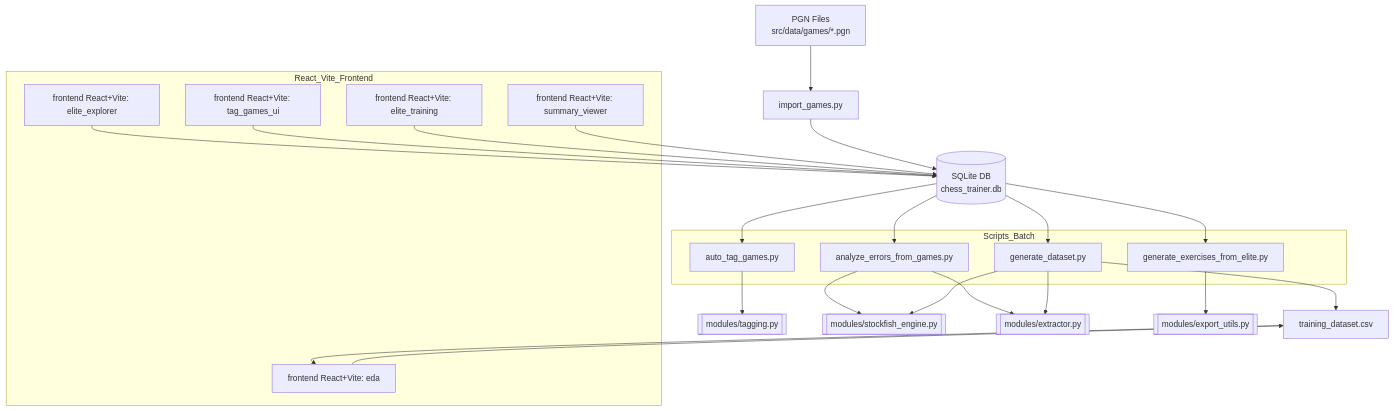
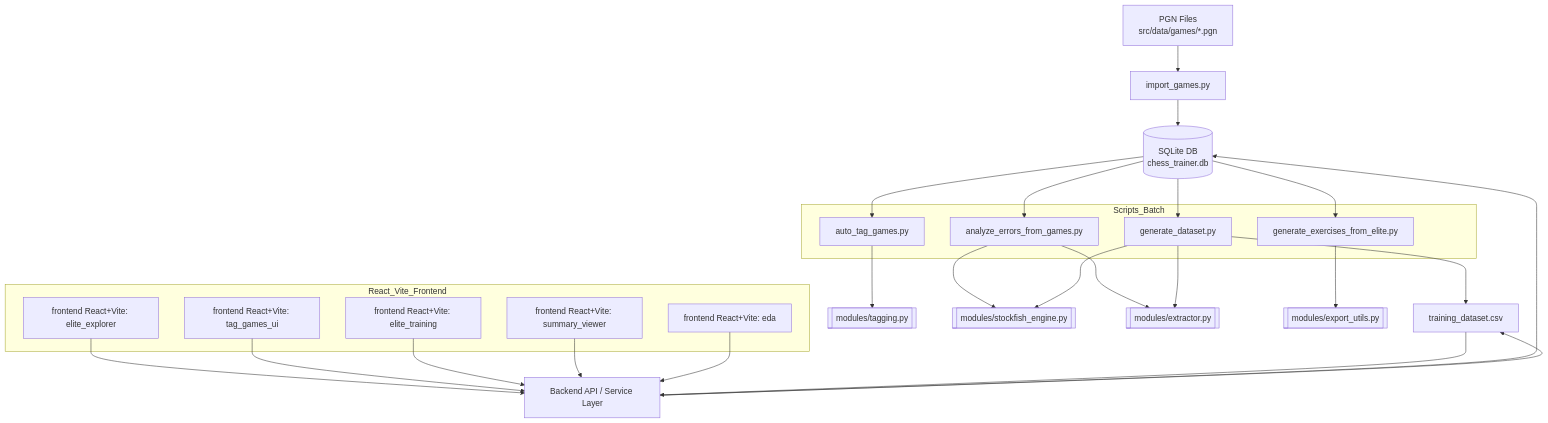
The diagram in src/architecture.md (cmessoftware/chessinsightai), drawn with Mermaid before and after one commit. The commit also changed 4 other files, not shown here.

First line of the commit message:
docs: align frontend docs with partial react+vite migration

````diff
--- a/src/architecture.md
+++ b/src/architecture.md
@@ -1,43 +1,46 @@
 ```mermaid
 graph TD
   A[PGN Files<br>src/data/games/*.pgn] --> B[import_games.py]
   B --> DB[(SQLite DB<br>chess_trainer.db)]
 
   DB --> C[auto_tag_games.py]
   DB --> D[analyze_errors_from_games.py]
   DB --> E[generate_exercises_from_elite.py]
   DB --> F[generate_dataset.py]
 
   C --> M1[[modules/tagging.py]]
   D --> M2[[modules/stockfish_engine.py]]
   D --> M3[[modules/extractor.py]]
   E --> M4[[modules/export_utils.py]]
   F --> M2
   F --> M3
 
-  G1[frontend React+Vite: elite_explorer] --> DB
-  G2[frontend React+Vite: tag_games_ui] --> DB
-  G3[frontend React+Vite: elite_training] --> DB
-  G4[frontend React+Vite: summary_viewer] --> DB
+  API[Backend API / Service Layer]
+  G1[frontend React+Vite: elite_explorer] --> API
+  G2[frontend React+Vite: tag_games_ui] --> API
+  G3[frontend React+Vite: elite_training] --> API
+  G4[frontend React+Vite: summary_viewer] --> API
   
   CSV[training_dataset.csv]
-  G5[frontend React+Vite: eda] --> CSV
+  G5[frontend React+Vite: eda] --> API
+  API --> DB
+  API --> CSV
 
   F --> CSV
-  CSV --> G5
+  CSV --> API
 
   subgraph React_Vite_Frontend
     G1
     G2
     G3
     G4
     G5
   end
 
   subgraph Scripts_Batch
     C
     D
     E
     F
   end
 ```
````
